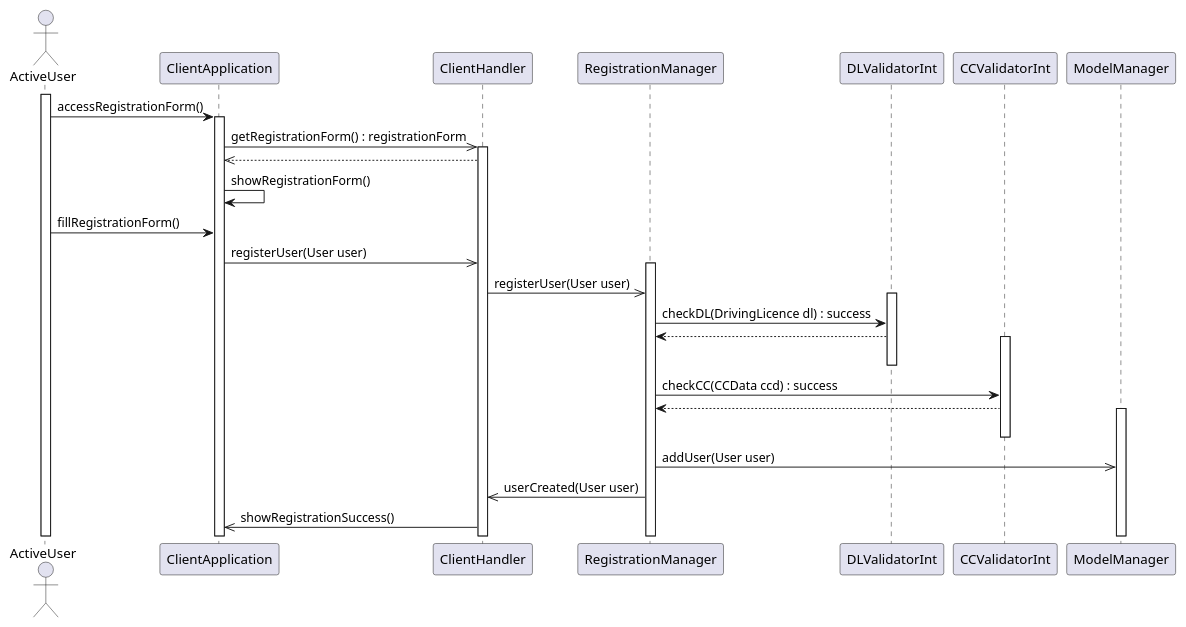
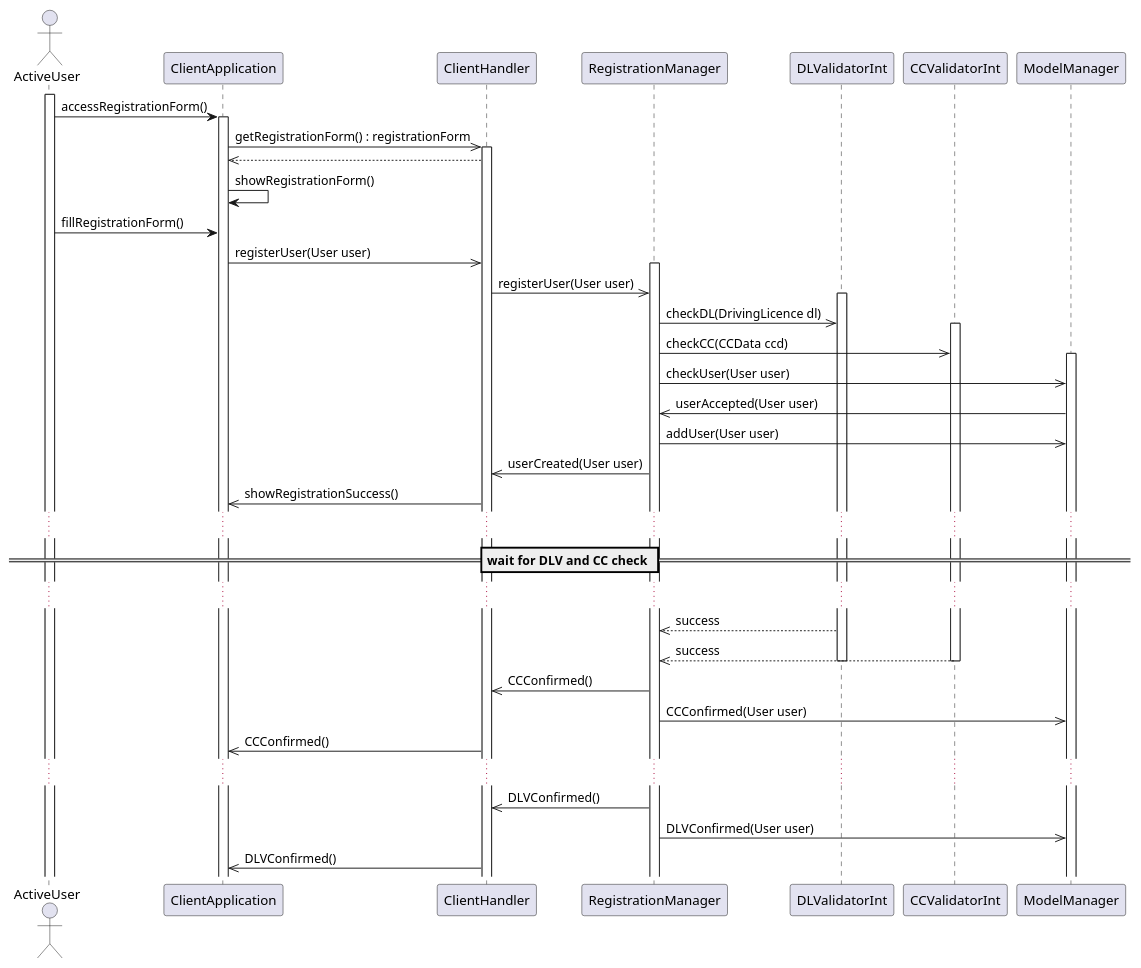
The diagram in DD/Sequence Diagrams/sequenceSignUp.pu (phisco/sw-eng-2), drawn with PlantUML before and after one commit. The commit also changed 1 other file, not shown here.

```diff
--- a/DD/Sequence Diagrams/sequenceSignUp.pu
+++ b/DD/Sequence Diagrams/sequenceSignUp.pu
@@ -1,34 +1,47 @@
 @startuml
 actor ActiveUser as AU
 participant ClientApplication as CA
 participant ClientHandler as CH
 participant RegistrationManager as RM
 participant DLValidatorInt as DLV
 participant CCValidatorInt as CCV
 participant ModelManager as MM
 
 activate AU
 AU -> CA : accessRegistrationForm()
 activate CA
 CA ->> CH : getRegistrationForm() : registrationForm
 activate CH
 CA <<-- CH
 CA -> CA : showRegistrationForm()
 CA <- AU : fillRegistrationForm()
 CA ->> CH : registerUser(User user)
 activate RM
 CH ->> RM: registerUser(User user)
 activate DLV
-RM -> DLV : checkDL(DrivingLicence dl) : success
-RM <-- DLV
+RM ->> DLV : checkDL(DrivingLicence dl)
 activate CCV
-deactivate DLV
-RM -> CCV : checkCC(CCData ccd) : success
-RM <-- CCV
+RM ->> CCV : checkCC(CCData ccd)
 activate MM
-deactivate CCV
+RM ->> MM : checkUser(User user)
+RM <<- MM : userAccepted(User user)
 RM ->> MM : addUser(User user)
 CH <<- RM : userCreated(User user)
 CA <<- CH : showRegistrationSuccess()
+...
+== wait for DLV and CC check ==
+...
+RM <<-- DLV : success
+RM <<-- CCV : success
+deactivate DLV
+deactivate CCV
+CH <<- RM : CCConfirmed()
+RM ->> MM : CCConfirmed(User user)
+CA <<- CH : CCConfirmed()
+...
+CH <<- RM : DLVConfirmed()
+RM ->> MM : DLVConfirmed(User user)
+CA <<- CH : DLVConfirmed()
+
 
 @enduml
```
